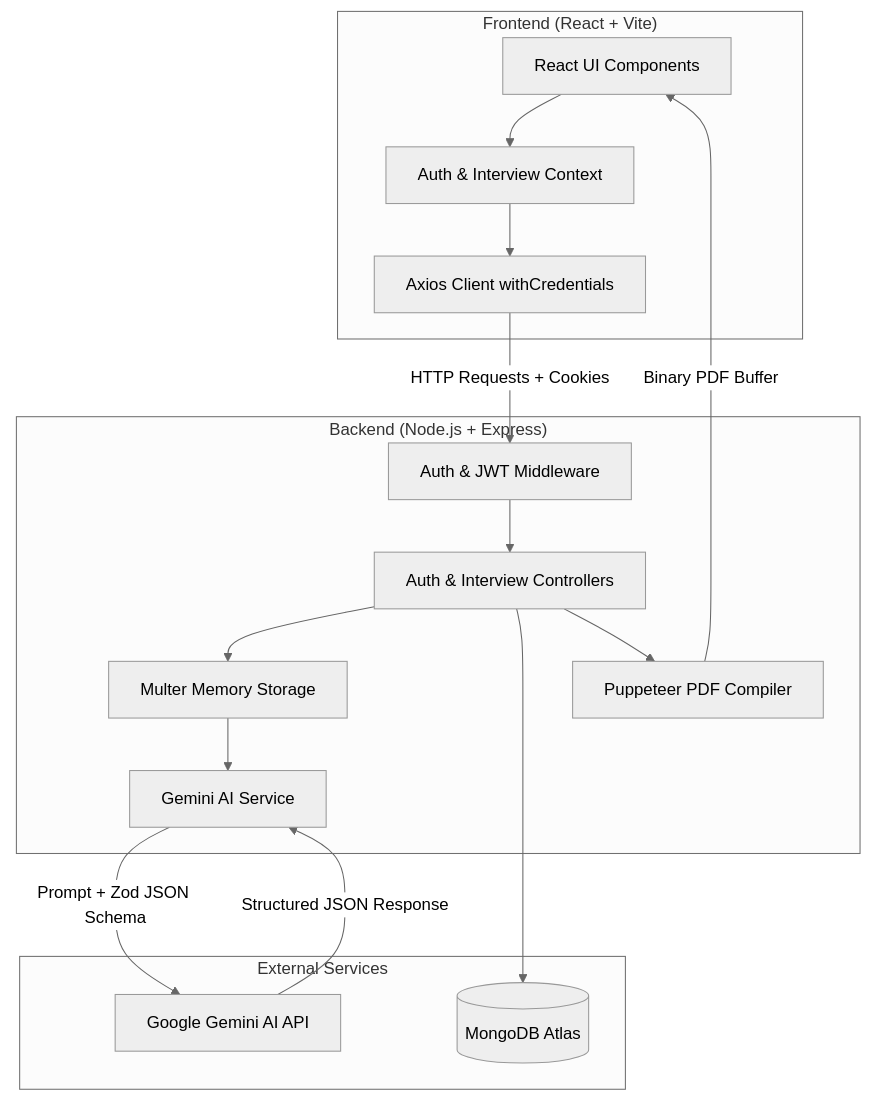
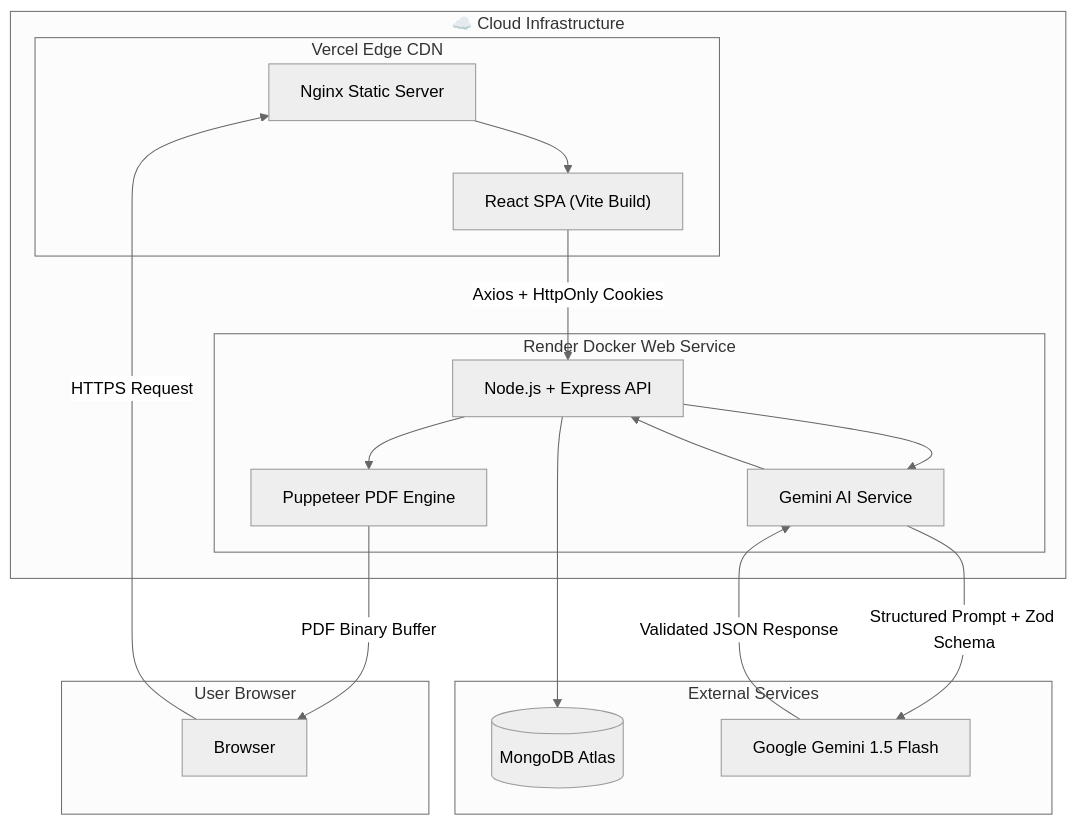
The diagram in README.md (Aditya-is-op200/AI-Interview-Preparation-Platform), drawn with Mermaid (neutral theme) before and after one commit. The commit also changed other lines of this file, not shown here.

Commit message:
docs: rewrite README with Vyakta AI branding, all screenshots, demo video, X-Ray docs, Docker and deployment guide

````diff
--- a/README.md
+++ b/README.md
@@ -53,33 +128,34 @@
 ```mermaid
 flowchart TD
-    subgraph Client ["Frontend (React + Vite)"]
-        UI[React UI Components]
-        Context[Auth & Interview Context]
-        AxiosClient[Axios Client withCredentials]
-    end
-
-    subgraph Server ["Backend (Node.js + Express)"]
-        AuthMiddleware[Auth & JWT Middleware]
-        Controllers[Auth & Interview Controllers]
-        MulterMiddleware[Multer Memory Storage]
-        AIService[Gemini AI Service]
-        PuppeteerEngine[Puppeteer PDF Compiler]
+    subgraph Cloud ["☁️ Cloud Infrastructure"]
+        subgraph Vercel ["Vercel Edge CDN"]
+            Nginx["Nginx Static Server"]
+            FE["React SPA (Vite Build)"]
+        end
+        subgraph Render ["Render Docker Web Service"]
+            BE["Node.js + Express API"]
+            Puppeteer["Puppeteer PDF Engine"]
+            AIService["Gemini AI Service"]
+        end
     end
 
     subgraph External ["External Services"]
-        MongoDB[(MongoDB Atlas)]
-        GeminiAPI[Google Gemini AI API]
+        MongoDB[("MongoDB Atlas")]
+        GeminiAPI["Google Gemini 1.5 Flash"]
     end
 
-    UI --> Context
-    Context --> AxiosClient
-    AxiosClient -- HTTP Requests + Cookies --> AuthMiddleware
-    AuthMiddleware --> Controllers
-    Controllers --> MulterMiddleware
-    MulterMiddleware --> AIService
-    AIService -- Prompt + Zod JSON Schema --> GeminiAPI
-    GeminiAPI -- Structured JSON Response --> AIService
-    Controllers --> MongoDB
-    Controllers --> PuppeteerEngine
-    PuppeteerEngine -- Binary PDF Buffer --> UI
+    subgraph Client ["User Browser"]
+        Browser["Browser"]
+    end
+
+    Browser -- "HTTPS Request" --> Nginx
+    Nginx --> FE
+    FE -- "Axios + HttpOnly Cookies" --> BE
+    BE --> AIService
+    AIService -- "Structured Prompt + Zod Schema" --> GeminiAPI
+    GeminiAPI -- "Validated JSON Response" --> AIService
+    AIService --> BE
+    BE --> Puppeteer
+    BE --> MongoDB
+    Puppeteer -- "PDF Binary Buffer" --> Browser
 ```
````
